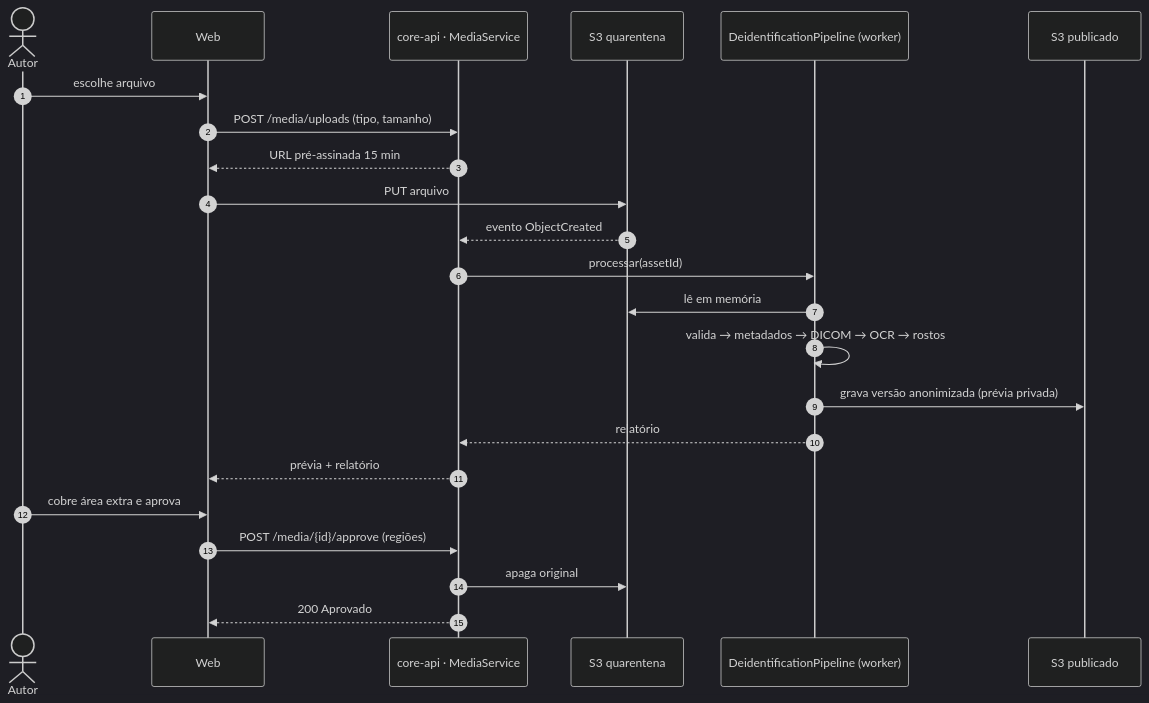
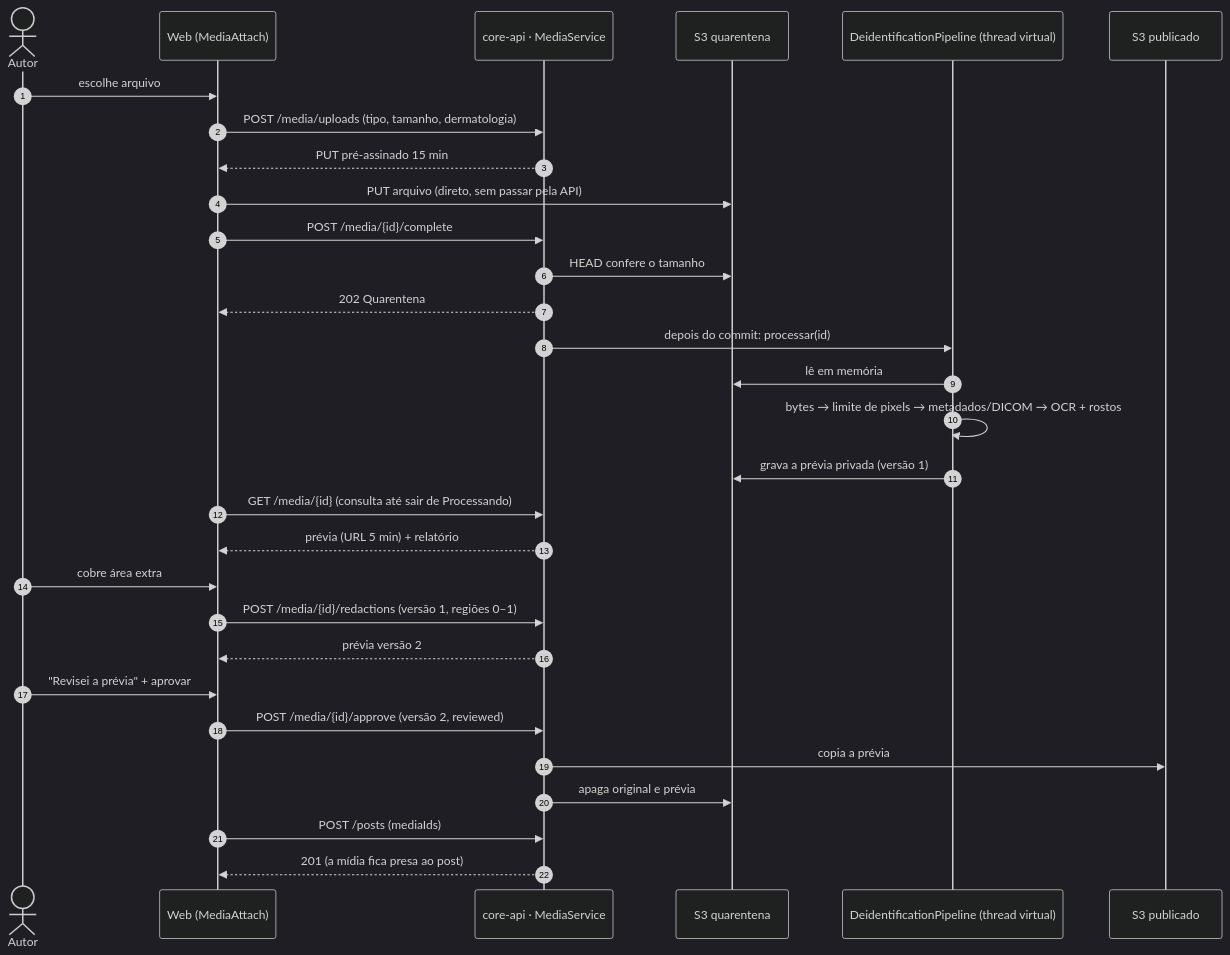
Before and after one commit to MatheusHaliski/doctor_explorer: the third of 5 diagrams in docs/rf/RF05-anonimizacao-de-midia.md, drawn with Mermaid (dark theme). The commit also changed other lines of this file and 38 other files, not shown here.

First line of the commit message:
RF05: anonimização de mídia completa no web e na API; RF13: cadeia confirmada e download revalidado

````diff
--- a/docs/rf/RF05-anonimizacao-de-midia.md
+++ b/docs/rf/RF05-anonimizacao-de-midia.md
@@ -92,25 +138,32 @@
 ```mermaid
 sequenceDiagram
     autonumber
     actor A as Autor
-    participant W as Web
+    participant W as Web (MediaAttach)
     participant M as core-api · MediaService
     participant S3Q as S3 quarentena
-    participant DP as DeidentificationPipeline (worker)
+    participant DP as DeidentificationPipeline (thread virtual)
     participant S3P as S3 publicado
     A->>W: escolhe arquivo
-    W->>M: POST /media/uploads (tipo, tamanho)
-    M-->>W: URL pré-assinada 15 min
-    W->>S3Q: PUT arquivo
-    S3Q-->>M: evento ObjectCreated
-    M->>DP: processar(assetId)
+    W->>M: POST /media/uploads (tipo, tamanho, dermatologia)
+    M-->>W: PUT pré-assinado 15 min
+    W->>S3Q: PUT arquivo (direto, sem passar pela API)
+    W->>M: POST /media/{id}/complete
+    M->>S3Q: HEAD confere o tamanho
+    M-->>W: 202 Quarentena
+    M->>DP: depois do commit: processar(id)
     DP->>S3Q: lê em memória
-    DP->>DP: valida → metadados → DICOM → OCR → rostos
-    DP->>S3P: grava versão anonimizada (prévia privada)
-    DP-->>M: relatório
-    M-->>W: prévia + relatório
-    A->>W: cobre área extra e aprova
-    W->>M: POST /media/{id}/approve (regiões)
-    M->>S3Q: apaga original
-    M-->>W: 200 Aprovado
+    DP->>DP: bytes → limite de pixels → metadados/DICOM → OCR + rostos
+    DP->>S3Q: grava a prévia privada (versão 1)
+    W->>M: GET /media/{id} (consulta até sair de Processando)
+    M-->>W: prévia (URL 5 min) + relatório
+    A->>W: cobre área extra
+    W->>M: POST /media/{id}/redactions (versão 1, regiões 0–1)
+    M-->>W: prévia versão 2
+    A->>W: "Revisei a prévia" + aprovar
+    W->>M: POST /media/{id}/approve (versão 2, reviewed)
+    M->>S3P: copia a prévia
+    M->>S3Q: apaga original e prévia
+    W->>M: POST /posts (mediaIds)
+    M-->>W: 201 (a mídia fica presa ao post)
 ```
````
